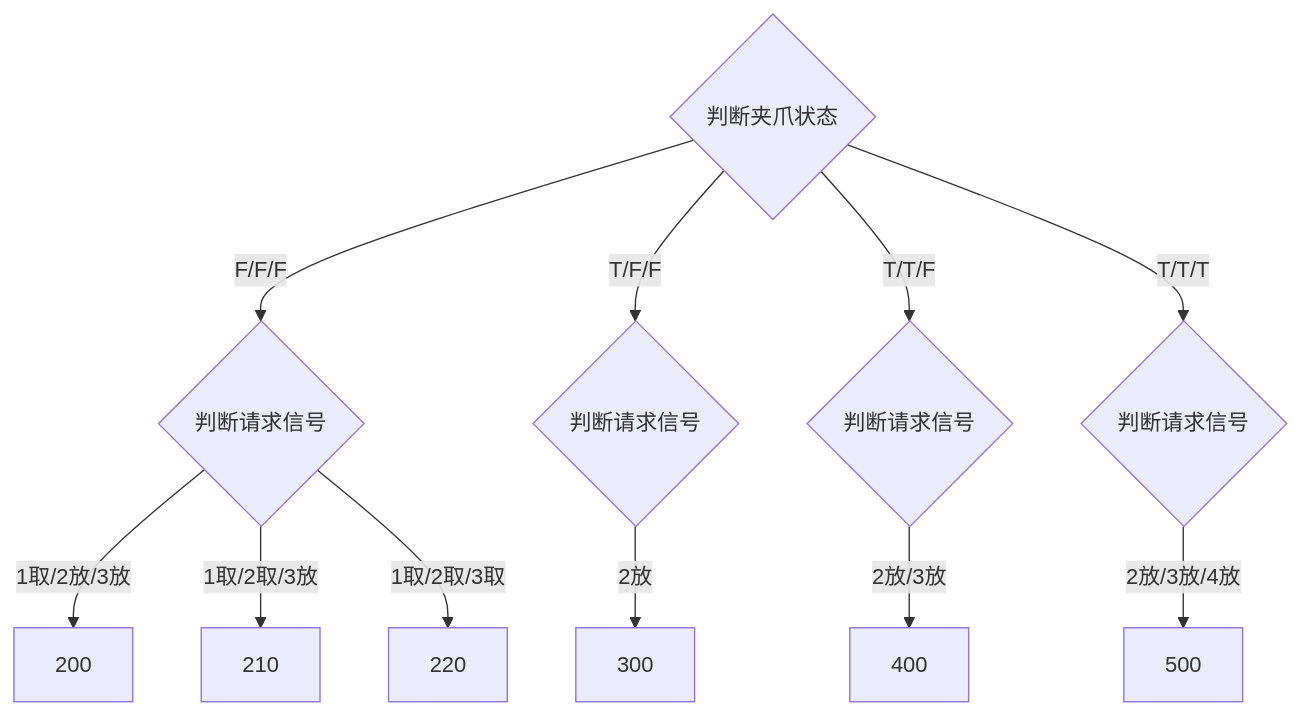
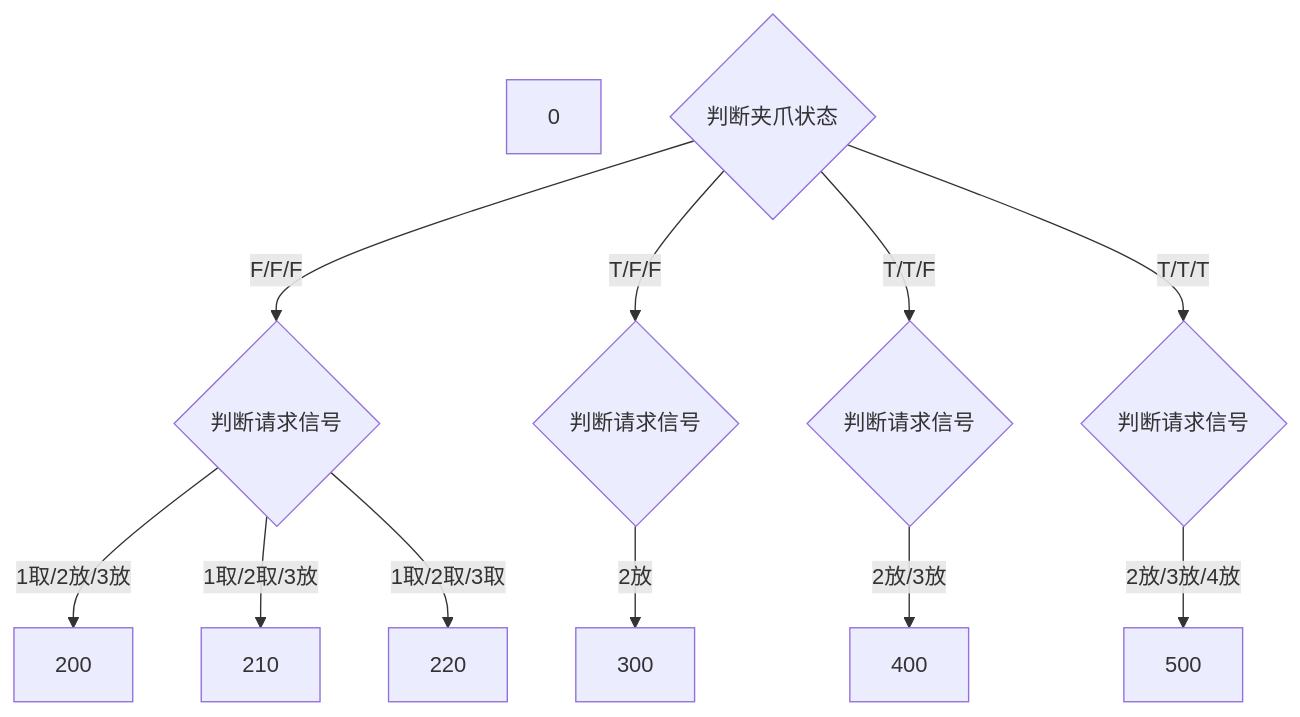
Before and after one commit to zmq000/iodraw-files: the diagram in all/未命名.md, drawn with Mermaid.

Commit message:
2026-06-18 15:47:38 update

````diff
--- a/all/未命名.md
+++ b/all/未命名.md
@@ -1,14 +1,15 @@
 ```mermaid
 graph TD
+0
 10{判断夹爪状态}-->|F/F/F|20
 10-->|T/F/F|30
 10-->|T/T/F|40
 10-->|T/T/T|50
 
 20{判断请求信号}-->|1取/2放/3放|200
 20-->|1取/2取/3放|210
 20-->|1取/2取/3取|220
 30{判断请求信号}-->|2放|300
 40{判断请求信号}-->|2放/3放|400
 50{判断请求信号}-->|2放/3放/4放|500
 ```
````
